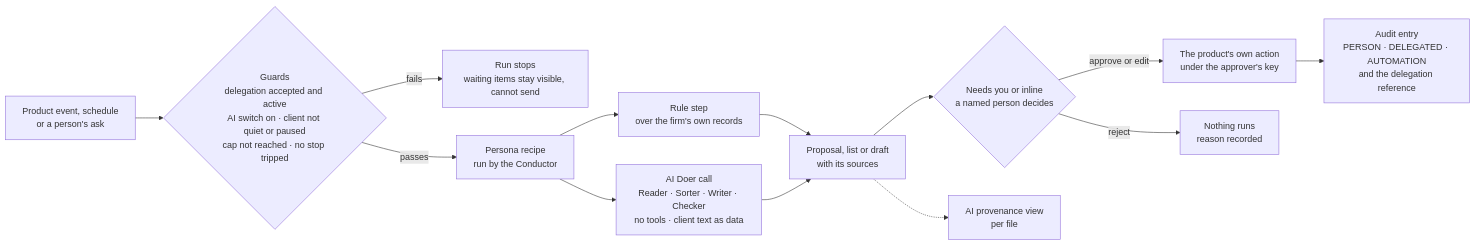
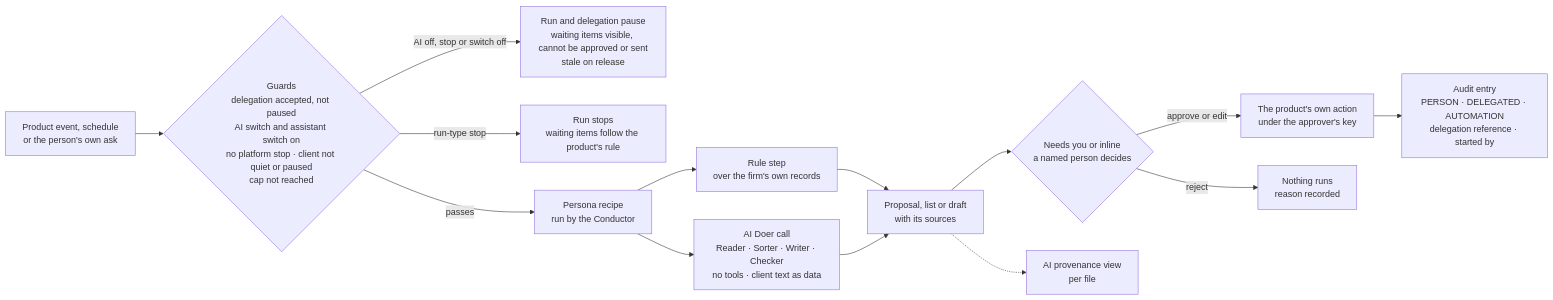
The first of 3 diagrams in ai-workers/requirements/AW-01-firm-ai-assistants_v0.1.md (ranjan-expatready/xpatready), drawn with Mermaid before and after one commit. The commit also changed other lines of this file and 27 other files, not shown here.

````diff
--- a/ai-workers/requirements/AW-01-firm-ai-assistants_v0.1.md
+++ b/ai-workers/requirements/AW-01-firm-ai-assistants_v0.1.md
@@ -62,15 +69,16 @@
 ```mermaid
 flowchart LR
-    EV[Product event, schedule<br/>or a person's ask] --> GU{Guards<br/>delegation accepted and active<br/>AI switch on · client not quiet or paused<br/>cap not reached · no stop tripped}
-    GU -->|fails| ST[Run stops<br/>waiting items stay visible, cannot send]
+    EV[Product event, schedule<br/>or the person's own ask] --> GU{Guards<br/>delegation accepted, not paused<br/>AI switch and assistant switch on<br/>no platform stop · client not quiet or paused<br/>cap not reached}
+    GU -->|AI off, stop or switch off| PA[Run and delegation pause<br/>waiting items visible, cannot be approved or sent<br/>stale on release]
+    GU -->|run-type stop| ST[Run stops<br/>waiting items follow the product's rule]
     GU -->|passes| RC[Persona recipe<br/>run by the Conductor]
     RC --> RU[Rule step<br/>over the firm's own records]
     RC --> AI[AI Doer call<br/>Reader · Sorter · Writer · Checker<br/>no tools · client text as data]
     RU --> PR[Proposal, list or draft<br/>with its sources]
     AI --> PR
     PR --> NY{Needs you or inline<br/>a named person decides}
     NY -->|approve or edit| AC[The product's own action<br/>under the approver's key]
     NY -->|reject| RJ[Nothing runs<br/>reason recorded]
-    AC --> AU[Audit entry<br/>PERSON · DELEGATED · AUTOMATION<br/>and the delegation reference]
+    AC --> AU[Audit entry<br/>PERSON · DELEGATED · AUTOMATION<br/>delegation reference · started by]
     PR -.-> PV[AI provenance view<br/>per file]
 ```
````
